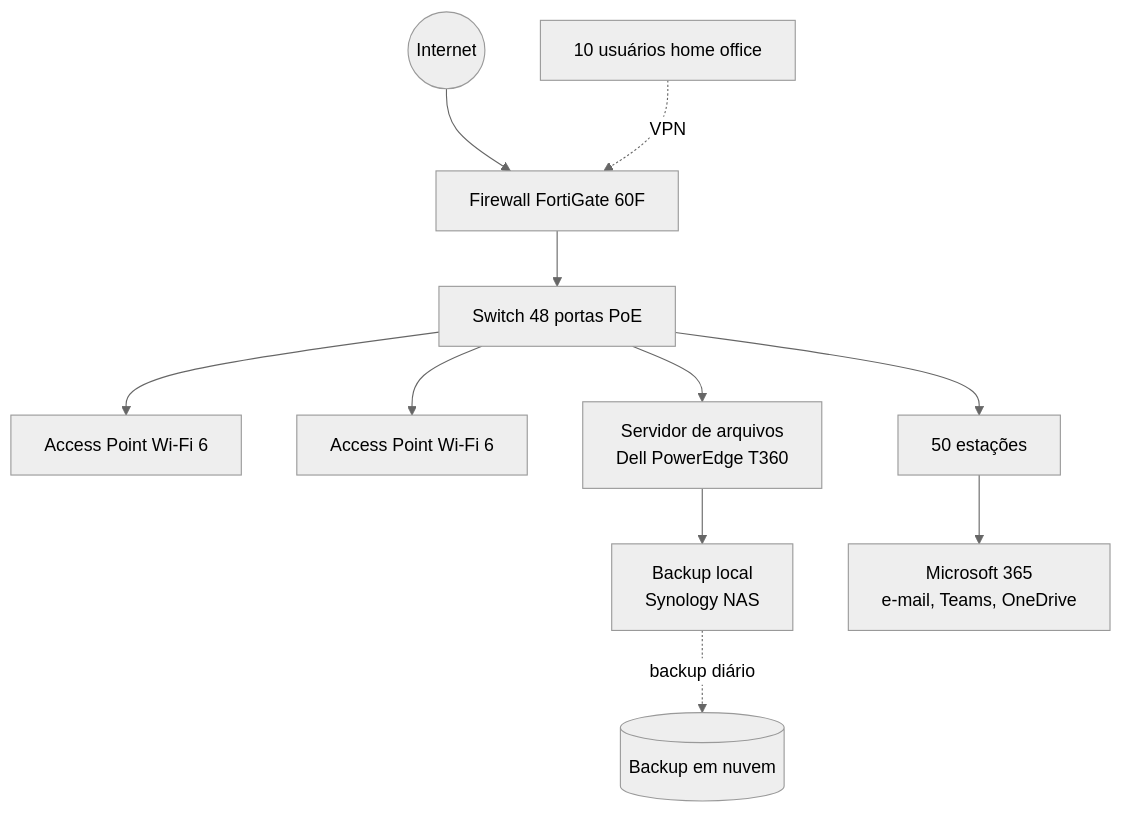
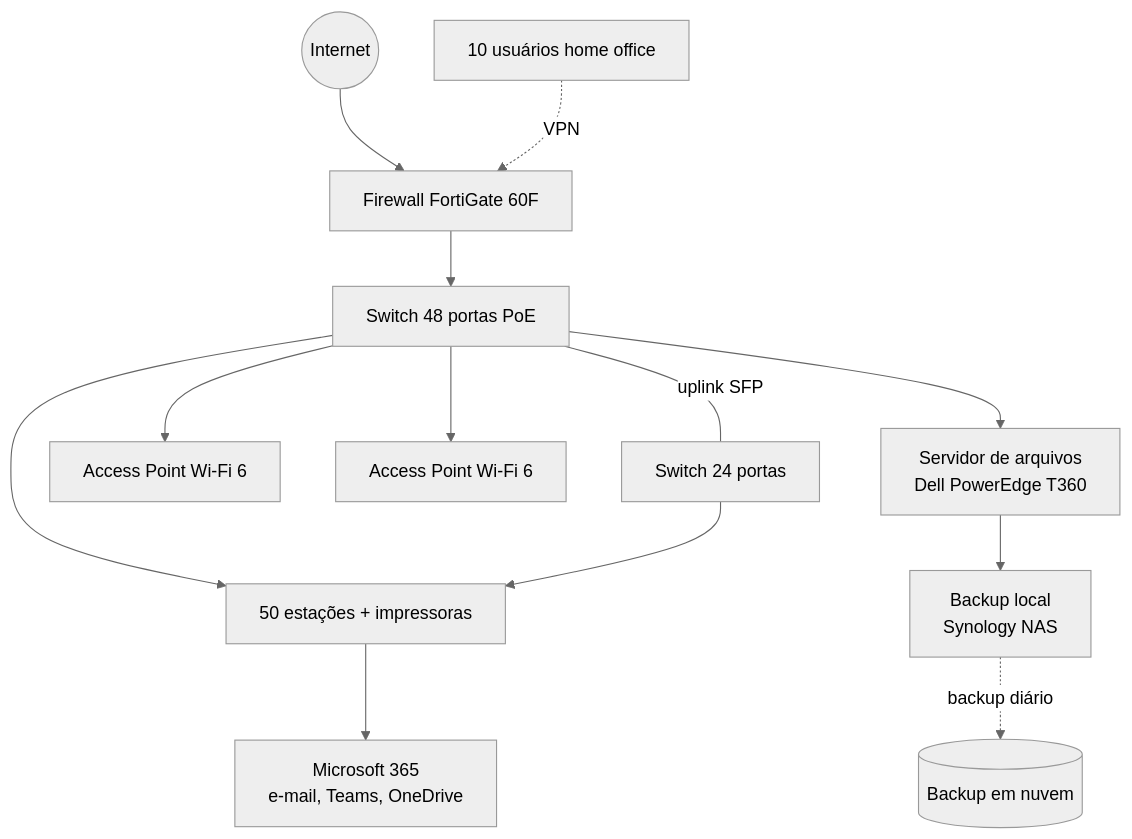
Before and after one commit to joaolucasxs/solucoes-pre-vendas: the diagram in caso-01-escritorio-50-usuarios/README.md, drawn with Mermaid (neutral theme). The commit also changed other lines of this file, not shown here.

Commit message:
Revise network layout and update BOM for accuracy
Updated network diagram and BOM details to include a second switch for additional ports and adjusted total estimated costs.

````diff
--- a/caso-01-escritorio-50-usuarios/README.md
+++ b/caso-01-escritorio-50-usuarios/README.md
@@ -22,13 +22,14 @@
 ```mermaid
 flowchart TB
     INET((Internet)) --> FW[Firewall FortiGate 60F]
-    FW --> SW[Switch 48 portas PoE]
-    SW --> AP1[Access Point Wi-Fi 6]
-    SW --> AP2[Access Point Wi-Fi 6]
-    SW --> SRV[Servidor de arquivos<br/>Dell PowerEdge T360]
-    SW --> PCS[50 estações]
+    FW --> SW1[Switch 48 portas PoE]
+    SW1 ---|uplink SFP| SW2[Switch 24 portas]
+    SW1 --> AP1[Access Point Wi-Fi 6]
+    SW1 --> AP2[Access Point Wi-Fi 6]
+    SW1 --> SRV[Servidor de arquivos<br/>Dell PowerEdge T360]
+    SW1 & SW2 --> PCS[50 estações + impressoras]
     SRV --> NAS[Backup local<br/>Synology NAS]
     NAS -. backup diário .-> CLOUD[(Backup em nuvem)]
     HO[10 usuários home office] -. VPN .-> FW
     PCS --> M365[Microsoft 365<br/>e-mail, Teams, OneDrive]
 ```
````
